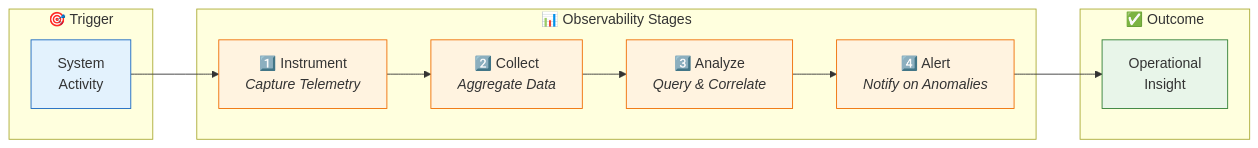
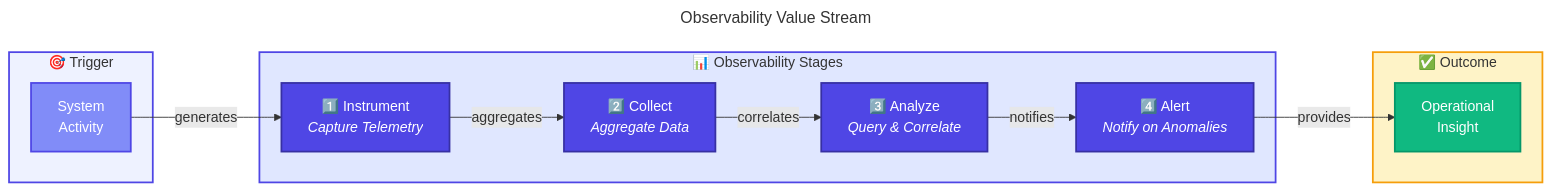
One commit to Evilazaro/Azure-LogicApps-Monitoring changed the third of 4 diagrams in docs/architecture/01-business-architecture.md. Above: the diagram before and after it, drawn with Mermaid. The commit also changed other lines of this file, not shown here.

Commit message:
refactor: Enhance business architecture documentation with improved capability maps, value streams, and class definitions

````diff
--- a/docs/architecture/01-business-architecture.md
+++ b/docs/architecture/01-business-architecture.md
@@ -190,27 +224,45 @@
 ```mermaid
+---
+title: Observability Value Stream
+---
 flowchart LR
+    %% ===== TRIGGER =====
     subgraph Trigger["🎯 Trigger"]
         T1["System<br/>Activity"]
     end
 
+    %% ===== OBSERVABILITY STAGES =====
     subgraph VS["📊 Observability Stages"]
         S1["1️⃣ Instrument<br/><i>Capture Telemetry</i>"]
         S2["2️⃣ Collect<br/><i>Aggregate Data</i>"]
         S3["3️⃣ Analyze<br/><i>Query & Correlate</i>"]
         S4["4️⃣ Alert<br/><i>Notify on Anomalies</i>"]
     end
 
+    %% ===== OUTCOME =====
     subgraph Outcome["✅ Outcome"]
         O1["Operational<br/>Insight"]
     end
 
-    T1 --> S1 --> S2 --> S3 --> S4 --> O1
+    %% ===== CONNECTIONS =====
+    T1 -->|"generates"| S1
+    S1 -->|"aggregates"| S2
+    S2 -->|"correlates"| S3
+    S3 -->|"notifies"| S4
+    S4 -->|"provides"| O1
 
-    classDef trigger fill:#e3f2fd,stroke:#1565c0
-    classDef stage fill:#fff3e0,stroke:#ef6c00
-    classDef outcome fill:#e8f5e9,stroke:#2e7d32
+    %% ===== CLASS DEFINITIONS =====
+    classDef trigger fill:#818CF8,stroke:#4F46E5,color:#FFFFFF,stroke-width:2px
+    classDef primary fill:#4F46E5,stroke:#3730A3,color:#FFFFFF,stroke-width:2px
+    classDef secondary fill:#10B981,stroke:#059669,color:#FFFFFF,stroke-width:2px
 
+    %% ===== CLASS ASSIGNMENTS =====
     class T1 trigger
-    class S1,S2,S3,S4 stage
-    class O1 outcome
+    class S1,S2,S3,S4 primary
+    class O1 secondary
+
+    %% ===== SUBGRAPH STYLES =====
+    style Trigger fill:#EEF2FF,stroke:#4F46E5,stroke-width:2px
+    style VS fill:#E0E7FF,stroke:#4F46E5,stroke-width:2px
+    style Outcome fill:#FEF3C7,stroke:#F59E0B,stroke-width:2px
 ```
````
